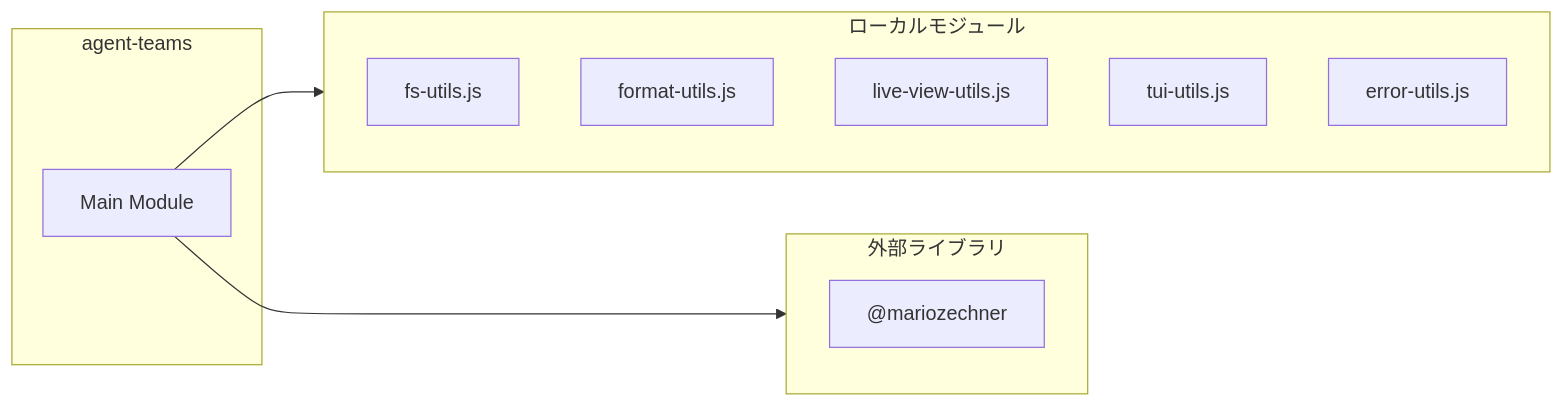
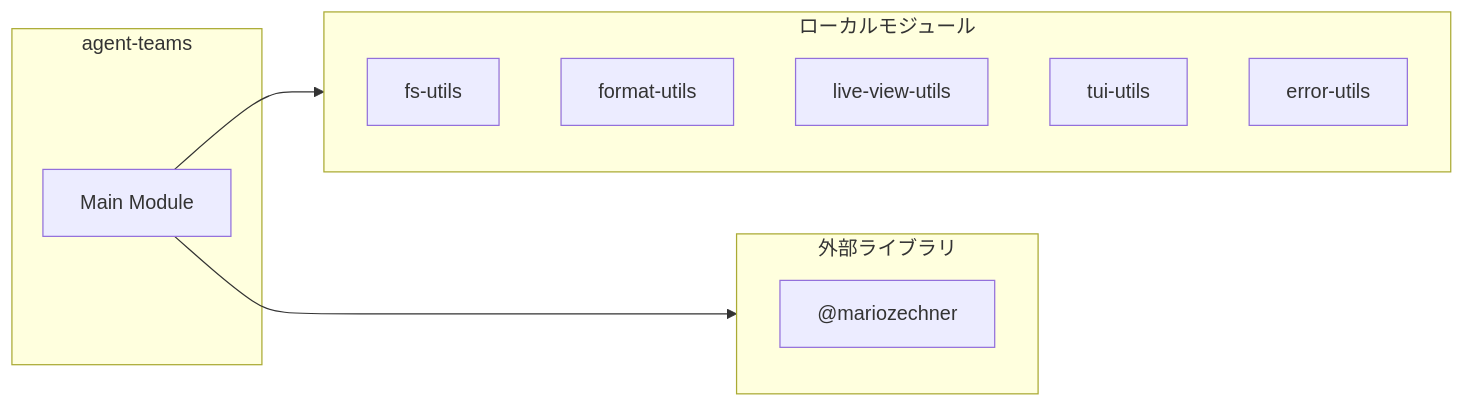
The first of 2 diagrams in ABDD/.pi/extensions/agent-teams.md (Mekann2904/mekann), drawn with Mermaid before and after one commit. The commit also changed other lines of this file and 174 other files, not shown here.

First line of the commit message:
fix(docs): ABDDのMermaid図生成エラーを修正する

````diff
--- a/ABDD/.pi/extensions/agent-teams.md
+++ b/ABDD/.pi/extensions/agent-teams.md
@@ -37,20 +37,20 @@
 ```mermaid
 flowchart LR
   subgraph this[agent-teams]
     main[Main Module]
   end
   subgraph local[ローカルモジュール]
-    fs_utils_js["fs-utils.js"]
-    format_utils_js["format-utils.js"]
-    live_view_utils_js["live-view-utils.js"]
-    tui_utils_js["tui-utils.js"]
-    error_utils_js["error-utils.js"]
+    fs_utils["fs-utils"]
+    format_utils["format-utils"]
+    live_view_utils["live-view-utils"]
+    tui_utils["tui-utils"]
+    error_utils["error-utils"]
   end
   main --> local
   subgraph external[外部ライブラリ]
     _mariozechner["@mariozechner"]
     _mariozechner["@mariozechner"]
     _mariozechner["@mariozechner"]
   end
   main --> external
 ```
````
